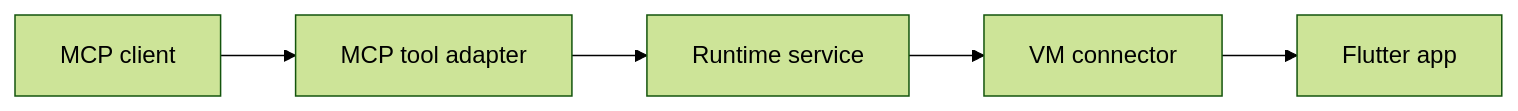
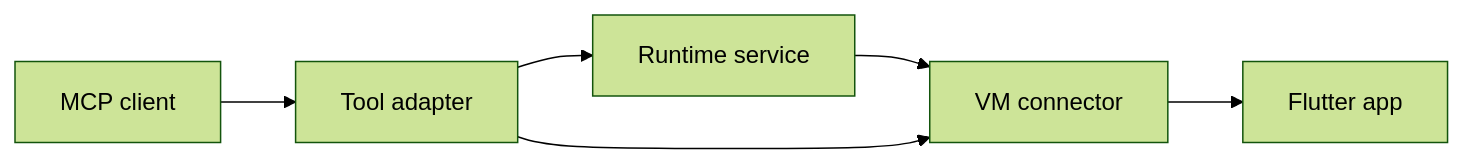
The diagram in docs/architecture.md (leancodepl/marionette_mcp), drawn with Mermaid (forest theme) before and after one commit. The commit also changed other lines of this file and 4 other files, not shown here.

Commit message:
Tighten architecture guidance and code comments

````diff
--- a/docs/architecture.md
+++ b/docs/architecture.md
@@ -55,7 +41,8 @@
 ```mermaid
 flowchart LR
-  Client[MCP client] --> Tool[MCP tool adapter]
+  Client[MCP client] --> Tool[Tool adapter]
   Tool --> Service[Runtime service]
   Service --> Connector[VM connector]
+  Tool --> Connector
   Connector --> App[Flutter app]
 ```
````
